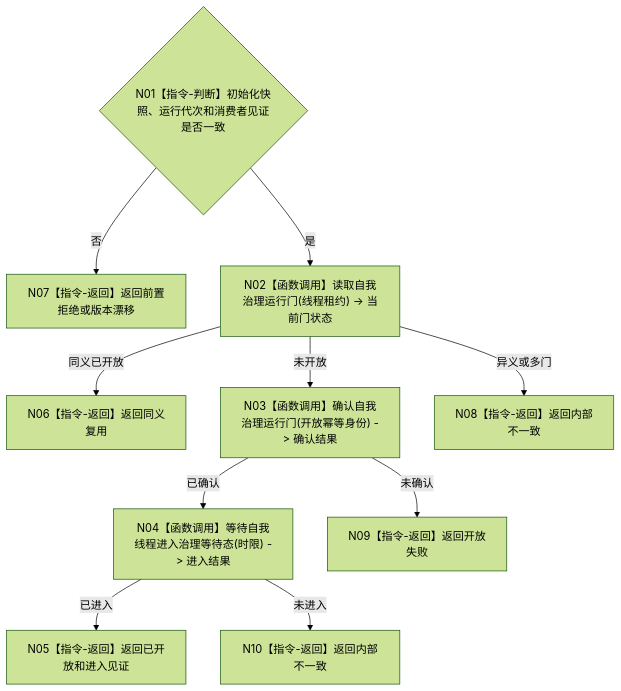
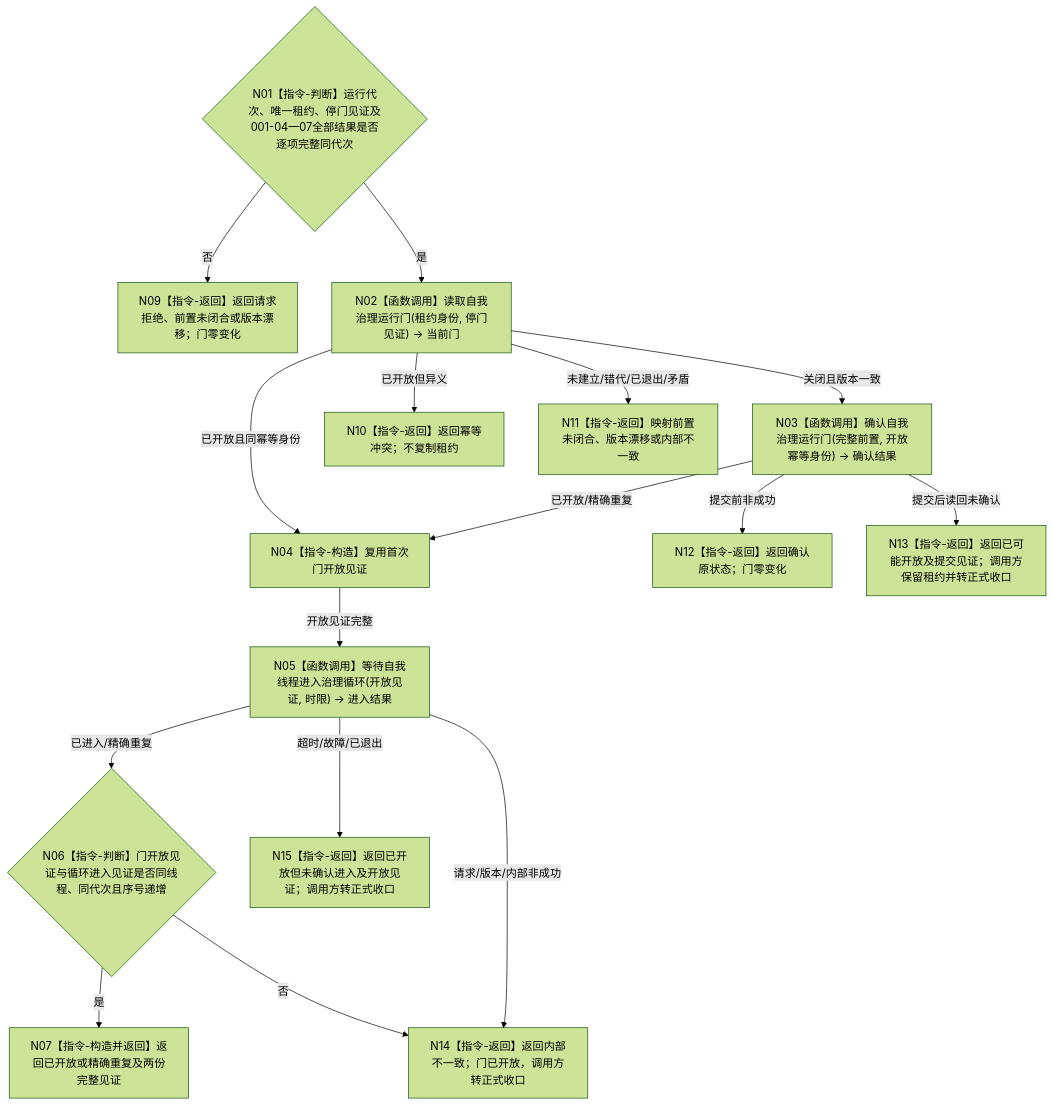
One commit to chunhaizh-cyber/HY-Ego changed the diagram in 流程图/目标业务流程图/L2/BIZ-L2-001-08_开放自我线程治理循环_目标函数流程图_v0.1.md. Above: the diagram before and after it, drawn with Mermaid (forest theme). The commit also changed other lines of this file and 16 other files, not shown here.

````diff
--- a/流程图/目标业务流程图/L2/BIZ-L2-001-08_开放自我线程治理循环_目标函数流程图_v0.1.md
+++ b/流程图/目标业务流程图/L2/BIZ-L2-001-08_开放自我线程治理循环_目标函数流程图_v0.1.md
@@ -29,12 +29,18 @@
 ```mermaid
 flowchart TD
-    N01{"N01【指令-判断】初始化快照、运行代次和消费者见证是否一致"} -->|否| N07["N07【指令-返回】返回前置拒绝或版本漂移"]
-    N01 -->|是| N02["N02【函数调用】读取自我治理运行门(线程租约) -> 当前门状态"]
-    N02 -->|同义已开放| N06["N06【指令-返回】返回同义复用"]
-    N02 -->|未开放| N03["N03【函数调用】确认自我治理运行门(开放幂等身份) -> 确认结果"]
-    N02 -->|异义或多门| N08["N08【指令-返回】返回内部不一致"]
-    N03 -->|已确认| N04["N04【函数调用】等待自我线程进入治理等待态(时限) -> 进入结果"]
-    N03 -->|未确认| N09["N09【指令-返回】返回开放失败"]
-    N04 -->|已进入| N05["N05【指令-返回】返回已开放和进入见证"]
-    N04 -->|未进入| N10["N10【指令-返回】返回内部不一致"]
+    N01{"N01【指令-判断】运行代次、唯一租约、停门见证及001-04—07全部结果是否逐项完整同代次"} -->|否| N09["N09【指令-返回】返回请求拒绝、前置未闭合或版本漂移；门零变化"]
+    N01 -->|是| N02["N02【函数调用】读取自我治理运行门(租约身份, 停门见证) -> 当前门"]
+    N02 -->|关闭且版本一致| N03["N03【函数调用】确认自我治理运行门(完整前置, 开放幂等身份) -> 确认结果"]
+    N02 -->|已开放且同幂等身份| N04["N04【指令-构造】复用首次门开放见证"]
+    N02 -->|已开放但异义| N10["N10【指令-返回】返回幂等冲突；不复制租约"]
+    N02 -->|未建立/错代/已退出/矛盾| N11["N11【指令-返回】映射前置未闭合、版本漂移或内部不一致"]
+    N03 -->|已开放/精确重复| N04
+    N03 -->|提交前非成功| N12["N12【指令-返回】返回确认原状态；门零变化"]
+    N03 -->|提交后读回未确认| N13["N13【指令-返回】返回已可能开放及提交见证；调用方保留租约并转正式收口"]
+    N04 -->|开放见证完整| N05["N05【函数调用】等待自我线程进入治理循环(开放见证, 时限) -> 进入结果"]
+    N05 -->|已进入/精确重复| N06{"N06【指令-判断】门开放见证与循环进入见证是否同线程、同代次且序号递增"}
+    N06 -->|是| N07["N07【指令-构造并返回】返回已开放或精确重复及两份完整见证"]
+    N06 -->|否| N14["N14【指令-返回】返回内部不一致；门已开放，调用方转正式收口"]
+    N05 -->|超时/故障/已退出| N15["N15【指令-返回】返回已开放但未确认进入及开放见证；调用方转正式收口"]
+    N05 -->|请求/版本/内部非成功| N14
 ```
````
